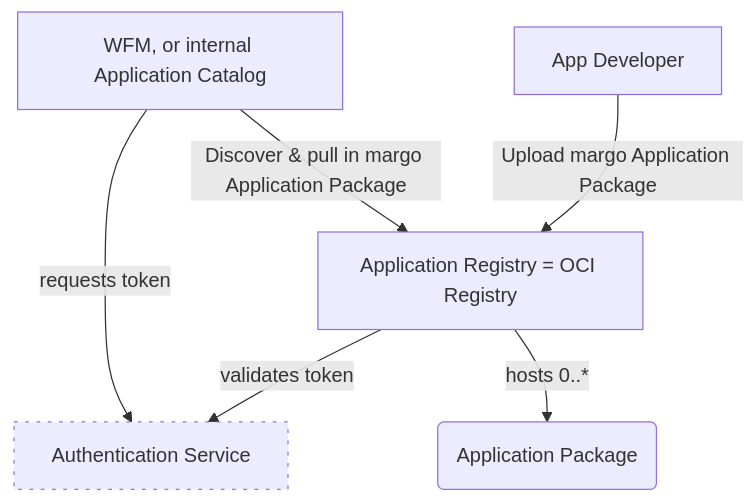
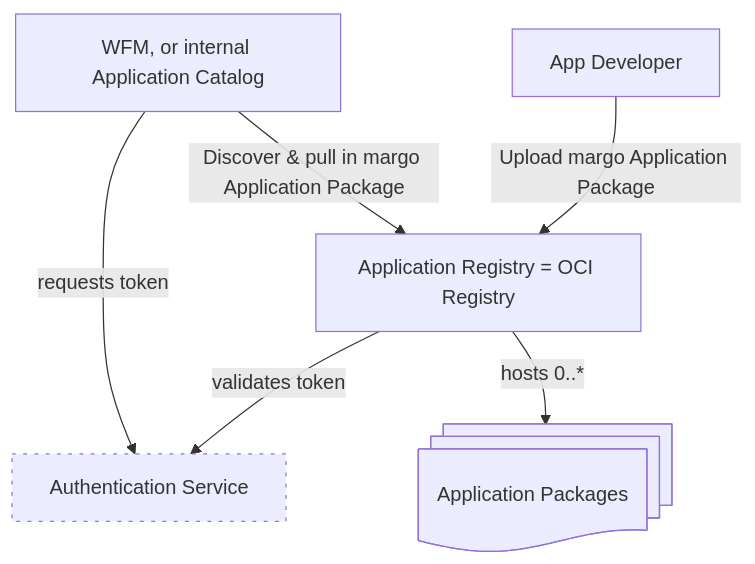
One commit to jjaswanson4/specification-enhancements changed the second of 3 diagrams in submitted/sup_app_registry_as_oci.md. Above: the diagram before and after it, drawn with Mermaid. The commit also changed other lines of this file, not shown here.

````diff
--- a/submitted/sup_app_registry_as_oci.md
+++ b/submitted/sup_app_registry_as_oci.md
@@ -73,9 +73,9 @@
 ```mermaid
 flowchart
     A[App Developer] -->|Upload margo Application Package| B[Application Registry = OCI Registry]
     C[WFM, or internal Application Catalog] -->|Discover & pull in margo Application Package| B
     B -->|validates token| D[Authentication Service] 
-    B -->|hosts 0..*| E(Application Package) 
+    B -->|hosts 0..*| E@{ shape: docs, label: "Application Packages"} 
     C -->|requests token| D
     style D stroke-dasharray: 3 6
 ```
````
